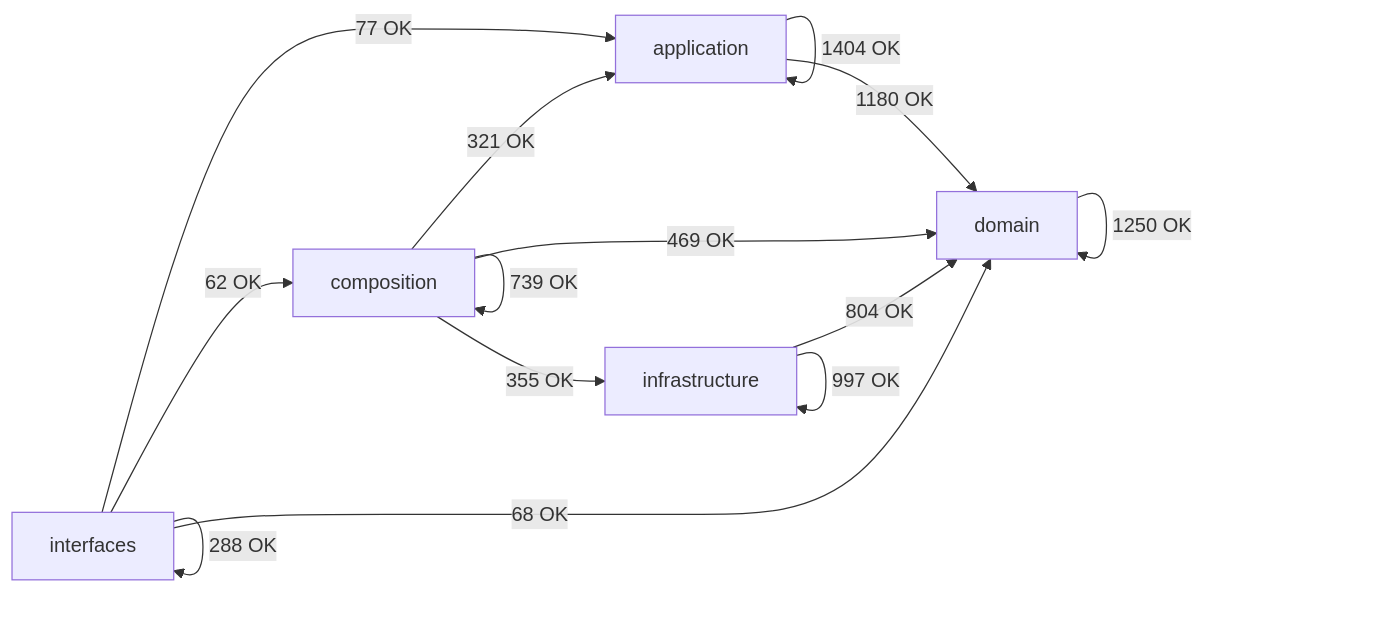
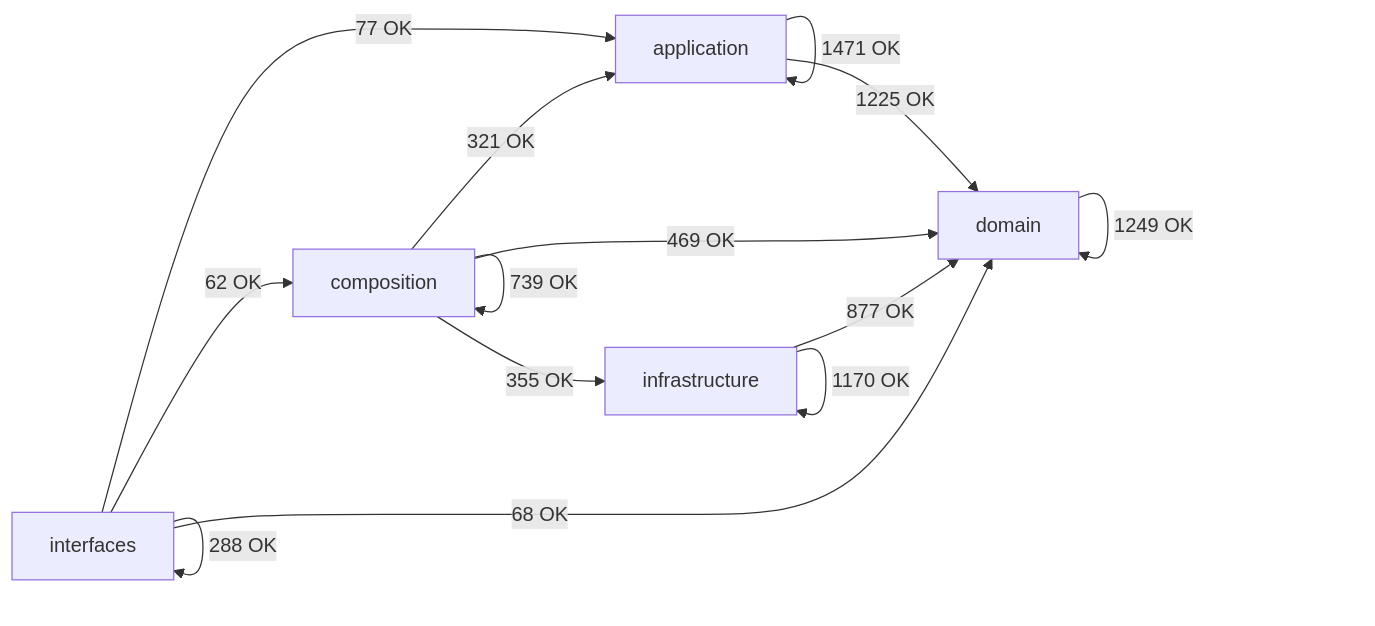
Before and after one commit to SatoryKono/BioactivityDataAcquisition: the diagram in docs/02-architecture/generated/module-dependency-map.md, drawn with Mermaid. The commit also changed other lines of this file and 378 other files, not shown here.

````diff
--- a/docs/02-architecture/generated/module-dependency-map.md
+++ b/docs/02-architecture/generated/module-dependency-map.md
@@ -17,21 +17,21 @@
 ```mermaid
 flowchart LR
     domain[domain]
     application[application]
     infrastructure[infrastructure]
     composition[composition]
     interfaces[interfaces]
-    application -->|1404 OK| application
-    application -->|1180 OK| domain
+    application -->|1471 OK| application
+    application -->|1225 OK| domain
     composition -->|321 OK| application
     composition -->|739 OK| composition
     composition -->|469 OK| domain
     composition -->|355 OK| infrastructure
-    domain -->|1250 OK| domain
-    infrastructure -->|804 OK| domain
-    infrastructure -->|997 OK| infrastructure
+    domain -->|1249 OK| domain
+    infrastructure -->|877 OK| domain
+    infrastructure -->|1170 OK| infrastructure
     interfaces -->|77 OK| application
     interfaces -->|62 OK| composition
     interfaces -->|68 OK| domain
     interfaces -->|288 OK| interfaces
 ```
````
